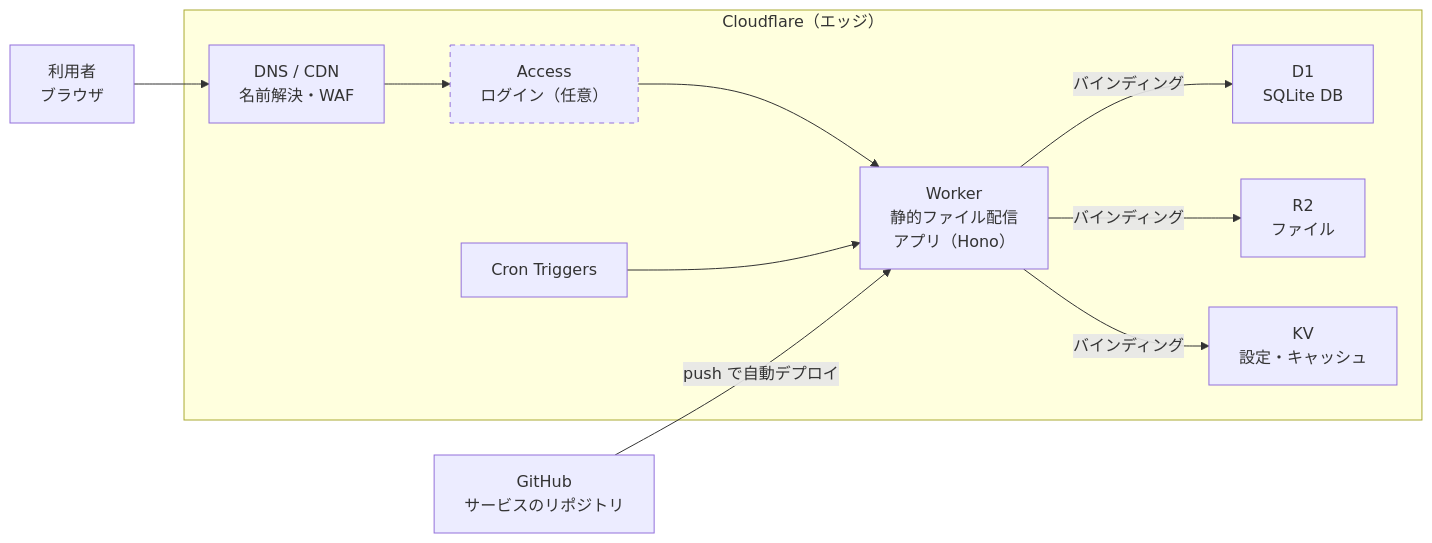
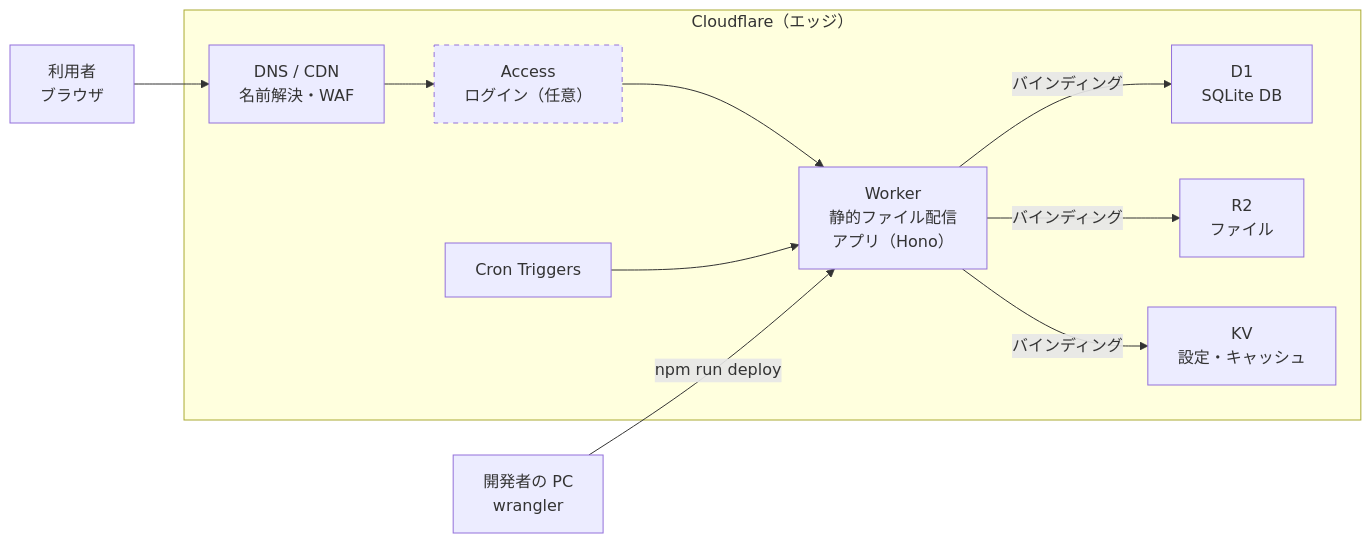
One commit to alphajinsei/cf-infra-playbook changed the diagram in docs/infra-design-summary.md. Above: the diagram before and after it, drawn with Mermaid. The commit also changed other lines of this file and 7 other files, not shown here.

````diff
--- a/docs/infra-design-summary.md
+++ b/docs/infra-design-summary.md
@@ -41,14 +41,14 @@
 ```mermaid
 flowchart LR
   user["利用者<br/>ブラウザ"] --> dns
   subgraph cf["Cloudflare（エッジ）"]
     dns["DNS / CDN<br/>名前解決・WAF"] --> access["Access<br/>ログイン（任意）"]
     access --> worker["Worker<br/>静的ファイル配信<br/>アプリ（Hono）"]
     cron["Cron Triggers"] --> worker
     worker -- "バインディング" --> d1["D1<br/>SQLite DB"]
     worker -- "バインディング" --> r2["R2<br/>ファイル"]
     worker -- "バインディング" --> kv["KV<br/>設定・キャッシュ"]
   end
-  github["GitHub<br/>サービスのリポジトリ"] -- "push で自動デプロイ" --> worker
+  dev["開発者の PC<br/>wrangler"] -- "npm run deploy" --> worker
   style access stroke-dasharray: 5 5
 ```
````
